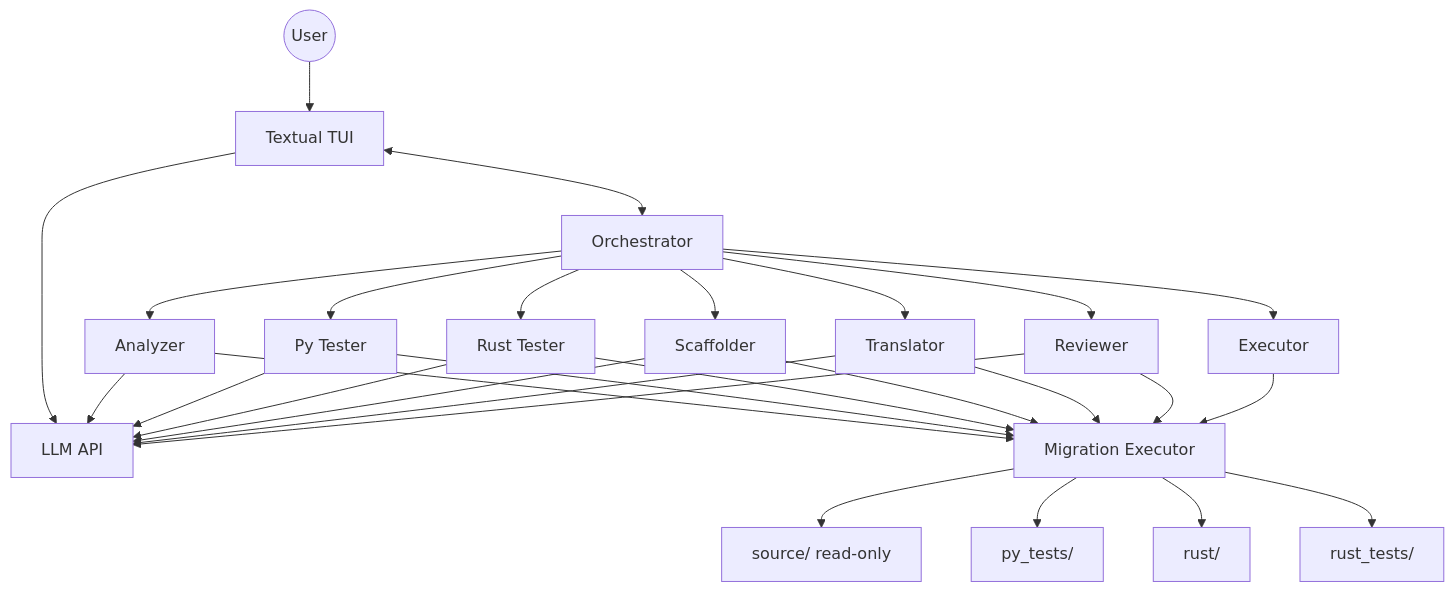
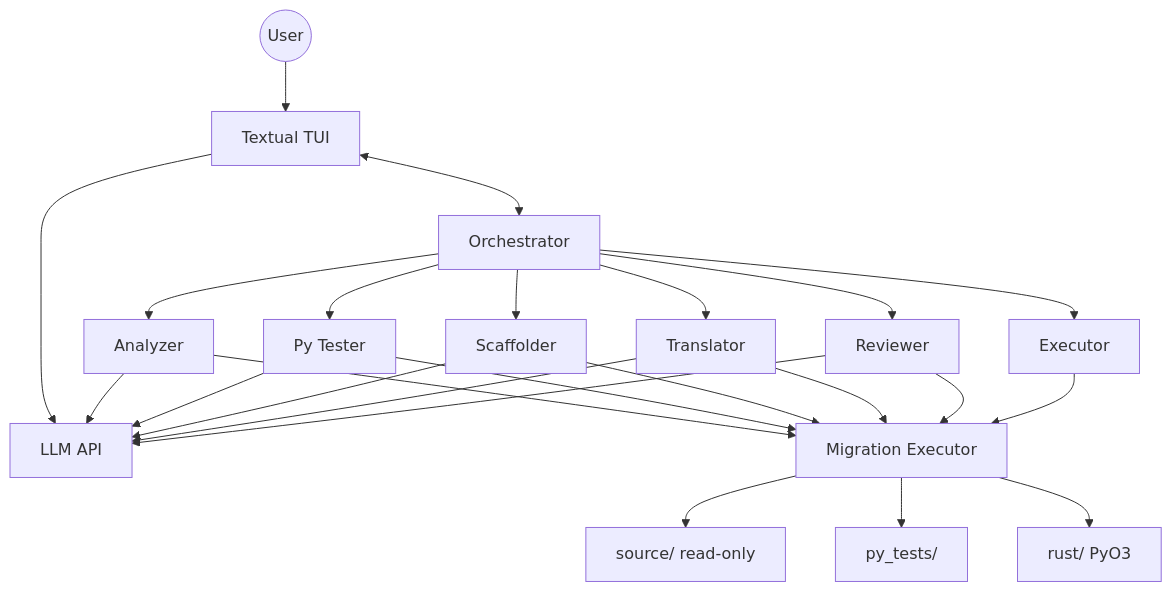
Before and after one commit to Haaparanta/AaltoAI-Ai-For-Good: the first of 2 diagrams in README.md, drawn with Mermaid. The commit also changed other lines of this file and 25 other files, not shown here.

````diff
--- a/README.md
+++ b/README.md
@@ -7,34 +7,30 @@
 ```mermaid
 flowchart TB
     User((User)) --> TUI[Textual TUI]
     TUI --> LLM[LLM API]
     TUI <--> Orch[Orchestrator]
 
     Orch --> Analyzer
     Orch --> PyTester[Py Tester]
-    Orch --> RustTester[Rust Tester]
     Orch --> Scaffolder
     Orch --> Translator
     Orch --> Reviewer
     Orch --> Exec[Executor]
 
     Analyzer --> LLM
     PyTester --> LLM
-    RustTester --> LLM
     Scaffolder --> LLM
     Translator --> LLM
     Reviewer --> LLM
 
     Analyzer --> ME[Migration Executor]
     PyTester --> ME
-    RustTester --> ME
     Scaffolder --> ME
     Translator --> ME
     Reviewer --> ME
     Exec --> ME
 
     ME --> Source[source/ read-only]
     ME --> Py[py_tests/]
-    ME --> Ru[rust/]
-    ME --> RT[rust_tests/]
+    ME --> Ru[rust/ PyO3]
 ```
````
